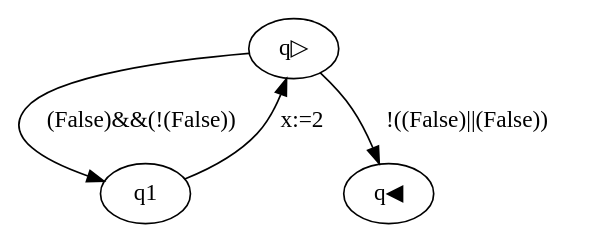
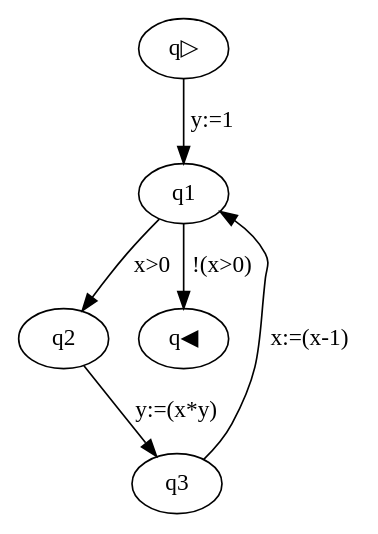
The diagram in graph.dot (JepMik/GCL-Build-Analyse-Tool), drawn with Graphviz before and after one commit. The commit also changed 11 other files, not shown here.

```diff
--- a/graph.dot
+++ b/graph.dot
@@ -1,5 +1,7 @@
 strict digraph {
-q▷ -> q1[label="(False)&&(!(False))"];
-q1 -> q▷[label="x:=2"];
-q▷ -> q◀[label="!((False)||(False))"];
+q▷ -> q1[label="y:=1"];
+q1 -> q2[label="x>0"];
+q2 -> q3[label="y:=(x*y)"];
+q3 -> q1[label="x:=(x-1)"];
+q1 -> q◀[label="!(x>0)"];
 }
```
